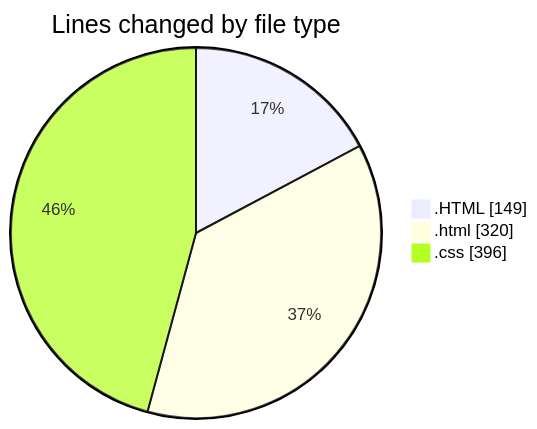
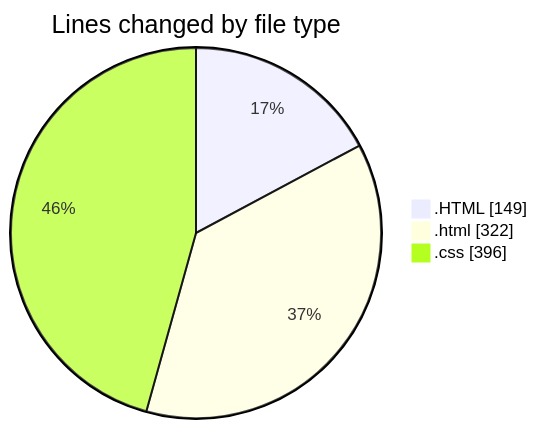
One commit to Unknowalive/code-tracking changed the first of 2 diagrams in 2026-09-03/web_tec_2026/README.md. Above: the diagram before and after it, drawn with Mermaid. The commit also changed other lines of this file and 1 other file, not shown here.

````diff
--- a/2026-09-03/web_tec_2026/README.md
+++ b/2026-09-03/web_tec_2026/README.md
@@ -25,7 +25,7 @@
 ```mermaid
 pie showData
 title Lines changed by file type
 ".HTML" : 149
-".html" : 320
+".html" : 322
 ".css" : 396
 ```
````
